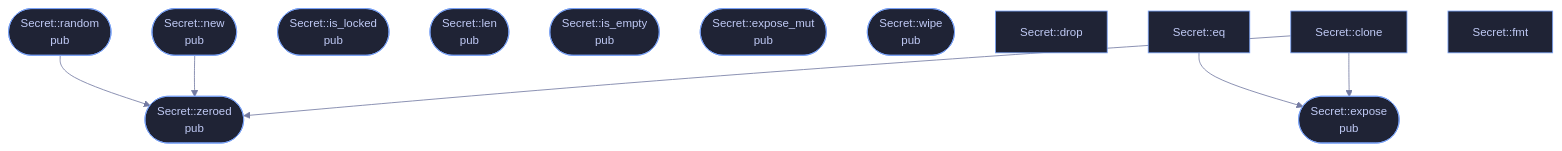
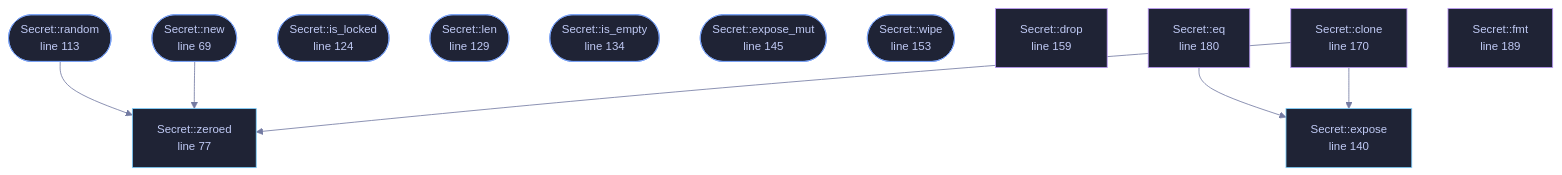
Before and after one commit to tilas01/veilvoice: the diagram in docs/files/veilvoice-crypto/amnesia.md, drawn with Mermaid. The commit also changed other lines of this file and 182 other files, not shown here.

````diff
--- a/docs/files/veilvoice-crypto/amnesia.md
+++ b/docs/files/veilvoice-crypto/amnesia.md
@@ -79,22 +102,28 @@
 ```mermaid
 %%{init: {"theme":"base","themeVariables":{"background":"#1a1b26","primaryColor":"#1f2335","primaryTextColor":"#c0caf5","primaryBorderColor":"#7aa2f7","secondaryColor":"#16161e","tertiaryColor":"#16161e","lineColor":"#737aa2","textColor":"#c0caf5","mainBkg":"#1f2335","nodeBorder":"#7aa2f7","clusterBkg":"#16161e","clusterBorder":"#2f3549","fontFamily":"ui-monospace, SFMono-Regular, Consolas, monospace","fontSize":"14px"}}}%%
 flowchart TD
-    n_new(["Secret::new<br/>pub"])
-    n_zeroed(["Secret::zeroed<br/>pub"])
-    n_random(["Secret::random<br/>pub"])
-    n_is_locked(["Secret::is_locked<br/>pub"])
-    n_len(["Secret::len<br/>pub"])
-    n_is_empty(["Secret::is_empty<br/>pub"])
-    n_expose(["Secret::expose<br/>pub"])
-    n_expose_mut(["Secret::expose_mut<br/>pub"])
-    n_wipe(["Secret::wipe<br/>pub"])
-    n_drop["Secret::drop"]
-    n_clone["Secret::clone"]
-    n_eq["Secret::eq"]
-    n_fmt["Secret::fmt"]
+    n_new(["Secret::new<br/>line 69"])
+    n_zeroed["Secret::zeroed<br/>line 77"]
+    n_random(["Secret::random<br/>line 113"])
+    n_is_locked(["Secret::is_locked<br/>line 124"])
+    n_len(["Secret::len<br/>line 129"])
+    n_is_empty(["Secret::is_empty<br/>line 134"])
+    n_expose["Secret::expose<br/>line 140"]
+    n_expose_mut(["Secret::expose_mut<br/>line 145"])
+    n_wipe(["Secret::wipe<br/>line 153"])
+    n_drop["Secret::drop<br/>line 159"]
+    n_clone["Secret::clone<br/>line 170"]
+    n_eq["Secret::eq<br/>line 180"]
+    n_fmt["Secret::fmt<br/>line 189"]
     n_clone --> n_expose
     n_clone --> n_zeroed
     n_eq --> n_expose
     n_new --> n_zeroed
     n_random --> n_zeroed
+    classDef entry fill:#1f2335,stroke:#7aa2f7,color:#c0caf5
+    class n_new,n_random,n_is_locked,n_len,n_is_empty,n_expose_mut,n_wipe entry
+    classDef api fill:#1f2335,stroke:#7dcfff,color:#c0caf5
+    class n_zeroed,n_expose api
+    classDef helper fill:#1f2335,stroke:#bb9af7,color:#c0caf5
+    class n_drop,n_clone,n_eq,n_fmt helper
 ```
````
